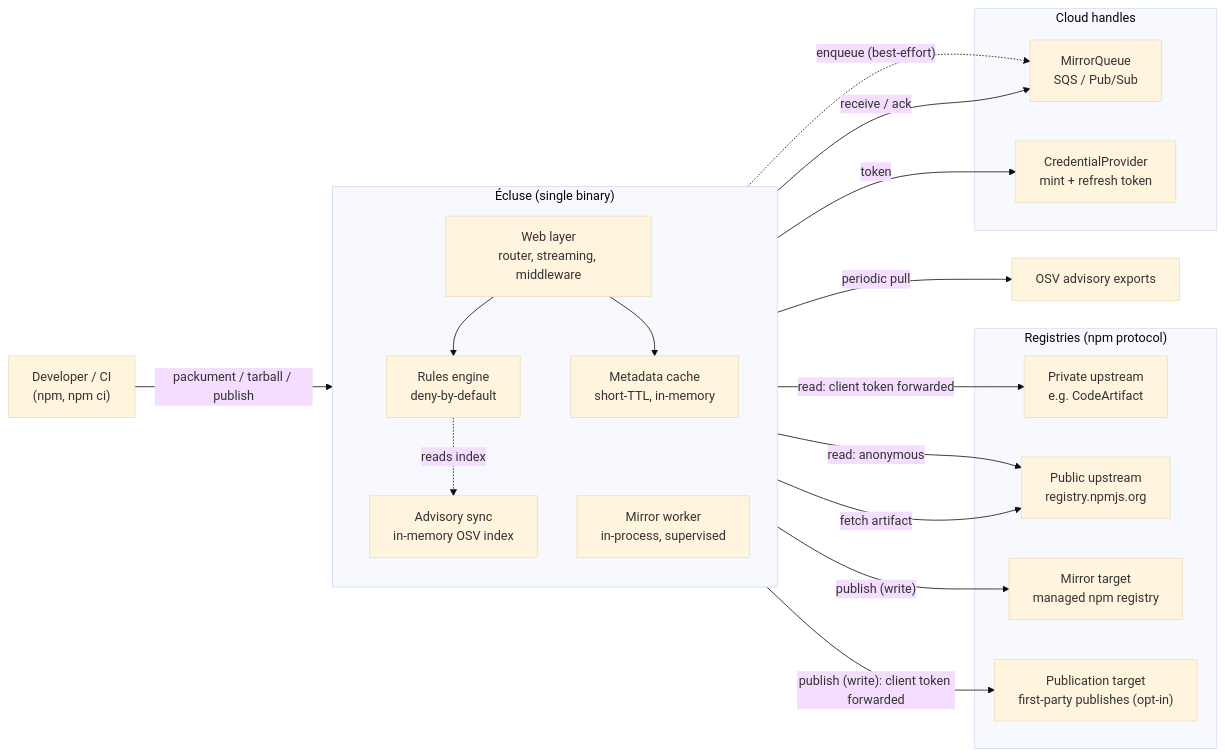
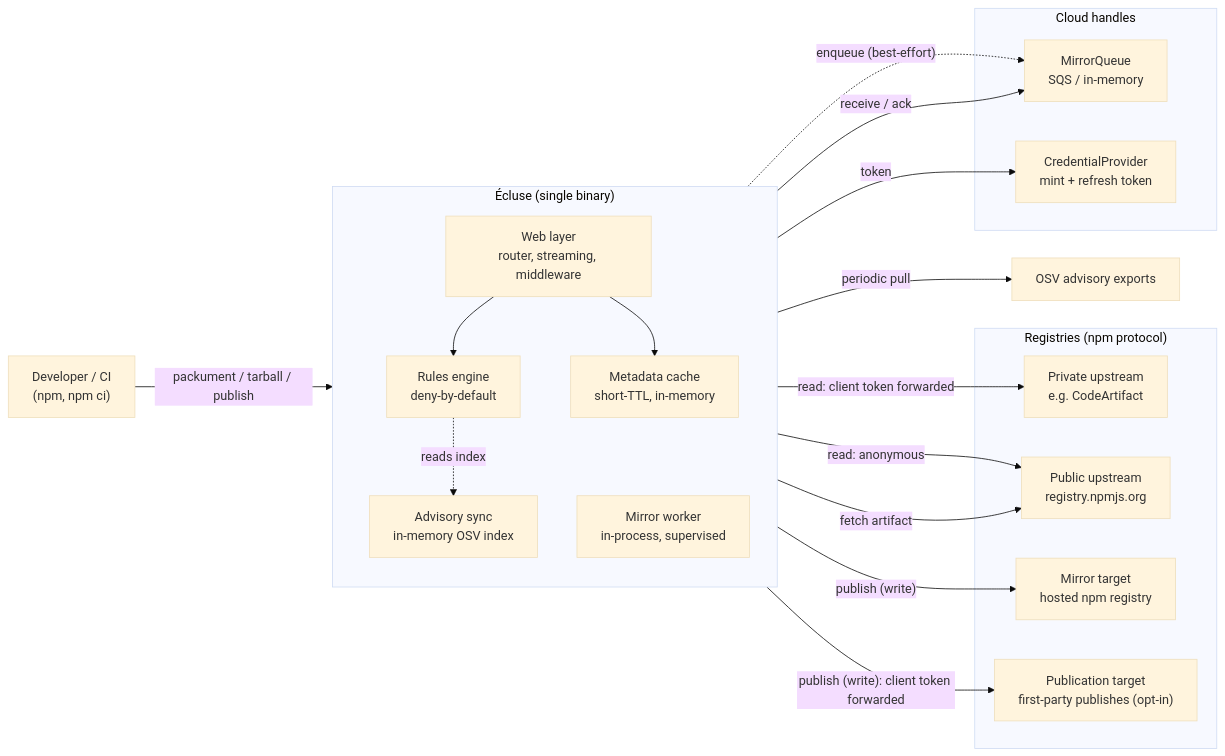
One commit to AlexaDeWit/Ecluse changed the first of 2 diagrams in docs/architecture.md. Above: the diagram before and after it, drawn with Mermaid (base theme). The commit also changed other lines of this file and 5 other files, not shown here.

First line of the commit message:
docs(architecture): describe the four axes and the two store kinds (#1154)

````diff
--- a/docs/architecture.md
+++ b/docs/architecture.md
@@ -34,41 +34,41 @@
 ```mermaid
 flowchart LR
     DEV["Developer / CI<br/>(npm, npm ci)"]
 
     subgraph ecluse["Écluse (single binary)"]
         direction TB
         WEB["Web layer<br/>router, streaming, middleware"]
         RULES["Rules engine<br/>deny-by-default"]
         CACHE["Metadata cache<br/>short-TTL, in-memory"]
         SYNC["Advisory sync<br/>in-memory OSV index"]
         WORKER["Mirror worker<br/>in-process, supervised"]
     end
 
     subgraph registries["Registries (npm protocol)"]
         PRIV["Private upstream<br/>e.g. CodeArtifact"]
         PUB["Public upstream<br/>registry.npmjs.org"]
-        MIRROR["Mirror target<br/>managed npm registry"]
+        MIRROR["Mirror target<br/>hosted npm registry"]
         PUBT["Publication target<br/>first-party publishes (opt-in)"]
     end
 
     subgraph handles["Cloud handles"]
-        QUEUE["MirrorQueue<br/>SQS / Pub/Sub"]
+        QUEUE["MirrorQueue<br/>SQS / in-memory"]
         CRED["CredentialProvider<br/>mint + refresh token"]
     end
 
     OSV["OSV advisory exports"]
 
     DEV -->|"packument / tarball / publish"| WEB
     WEB --> RULES
     WEB --> CACHE
     WEB -->|"read: client token forwarded"| PRIV
     WEB -->|"read: anonymous"| PUB
     WEB -->|"publish (write): client token forwarded"| PUBT
     WEB -.->|"enqueue (best-effort)"| QUEUE
     RULES -.->|"reads index"| SYNC
     SYNC -->|"periodic pull"| OSV
     WORKER -->|"receive / ack"| QUEUE
     WORKER -->|"fetch artifact"| PUB
     WORKER -->|"token"| CRED
     WORKER -->|"publish (write)"| MIRROR
 ```
````
